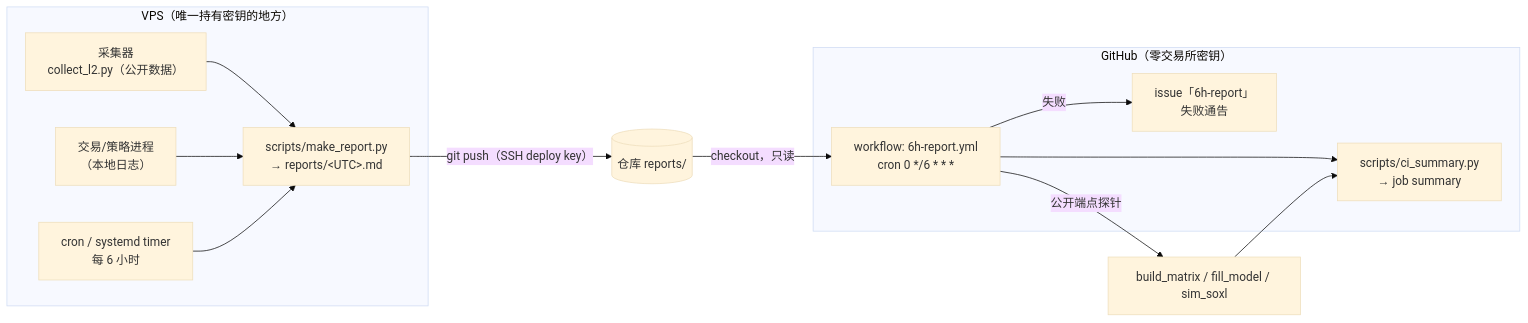
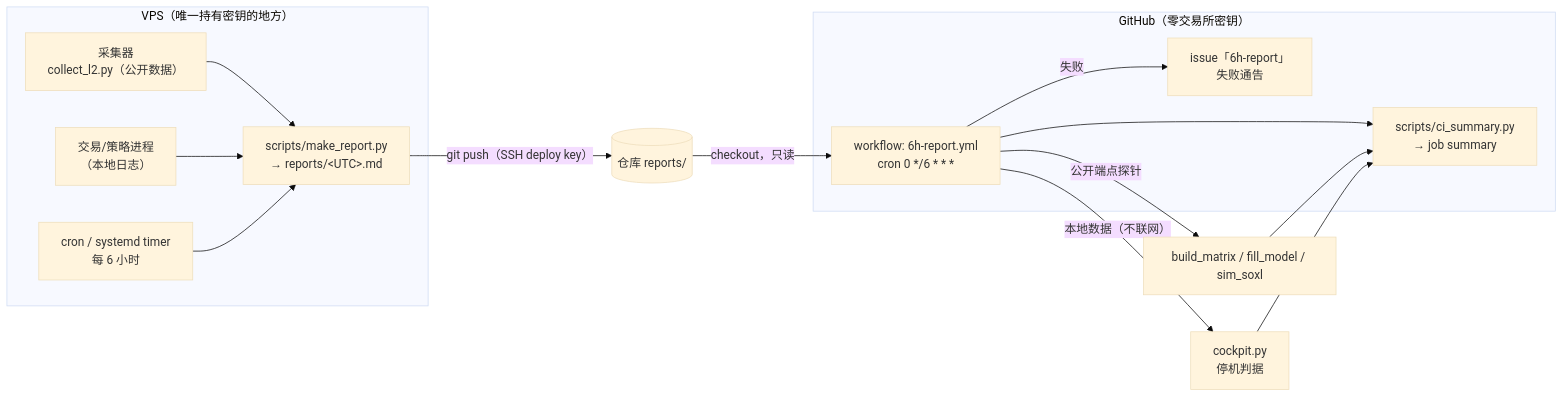
One commit to jssyxd/nt-pairs changed the diagram in docs/CI_CD.md. Above: the diagram before and after it, drawn with Mermaid (base theme). The commit also changed other lines of this file and 10 other files, not shown here.

````diff
--- a/docs/CI_CD.md
+++ b/docs/CI_CD.md
@@ -10,25 +10,27 @@
 ```mermaid
 flowchart LR
   subgraph VPS["VPS（唯一持有密钥的地方）"]
     C["采集器<br/>collect_l2.py（公开数据）"]
     T["交易/策略进程<br/>（本地日志）"]
     CRON["cron / systemd timer<br/>每 6 小时"]
     REP["scripts/make_report.py<br/>→ reports/&lt;UTC&gt;.md"]
   end
 
   subgraph GH["GitHub（零交易所密钥）"]
     WH["workflow: 6h-report.yml<br/>cron 0 */6 * * *"]
     SUM["scripts/ci_summary.py<br/>→ job summary"]
     ISS["issue「6h-report」<br/>失败通告"]
   end
 
   C --> REP
   T --> REP
   CRON --> REP
   REP -->|git push（SSH deploy key）| REPO[("仓库 reports/")]
   REPO -->|checkout，只读| WH
   WH --> SUM
   WH -->|公开端点探针| PROBE["build_matrix / fill_model / sim_soxl"]
   PROBE --> SUM
+  WH -->|本地数据（不联网）| COCKPIT["cockpit.py<br/>停机判据"]
+  COCKPIT --> SUM
   WH -->|失败| ISS
 ```
````
